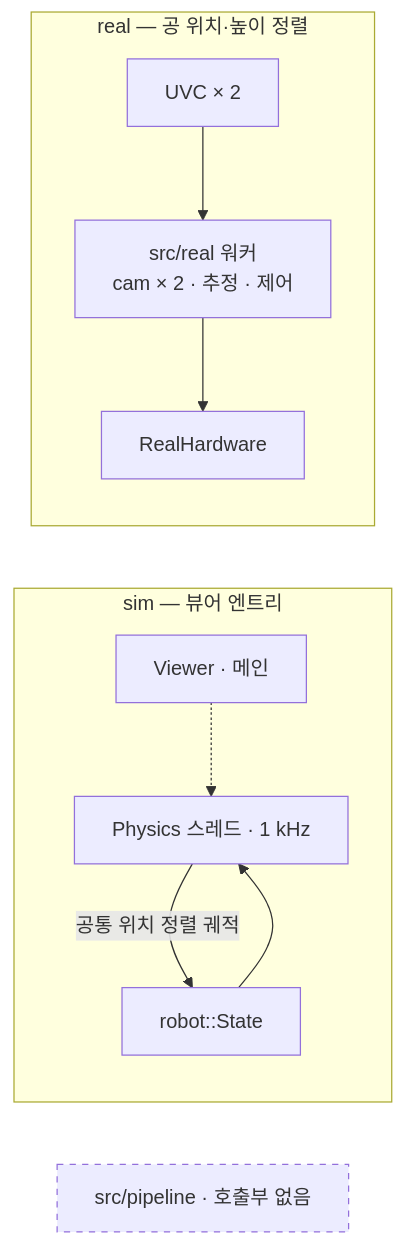
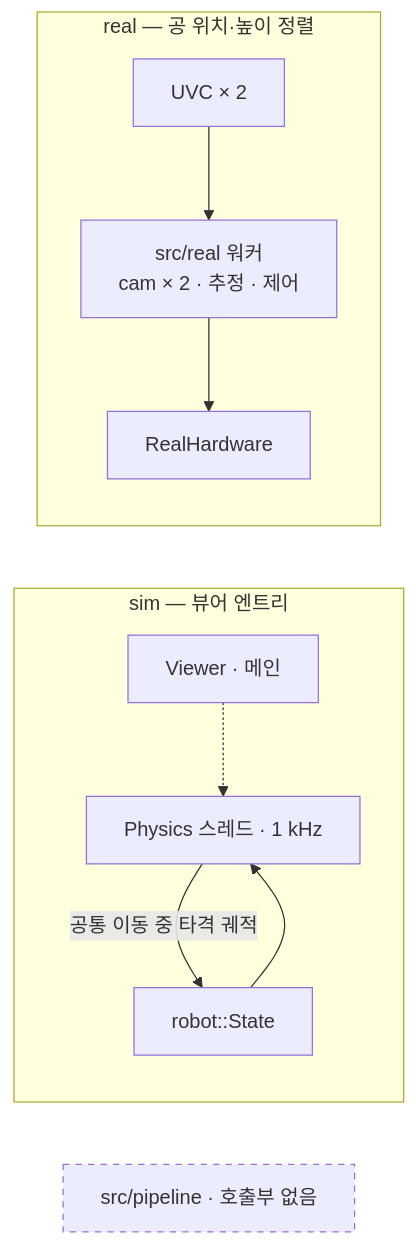
The third of 4 diagrams in README.md (luv-all/pingpong-bot), drawn with Mermaid before and after one commit. The commit also changed other lines of this file and 7 other files, not shown here.

````diff
--- a/README.md
+++ b/README.md
@@ -414,21 +414,21 @@
 ```mermaid
 flowchart LR
   subgraph simSide ["sim — 뷰어 엔트리"]
     viewer["Viewer · 메인"]
     physics["Physics 스레드 · 1 kHz"]
     simHw["robot::State"]
     viewer -.-> physics
-    physics -->|"공통 위치 정렬 궤적"| simHw
+    physics -->|"공통 이동 중 타격 궤적"| simHw
     simHw --> physics
   end
 
   subgraph realSide ["real — 공 위치·높이 정렬"]
     realCamera["UVC × 2"]
     realWorkers["src/real 워커<br/>cam × 2 · 추정 · 제어"]
     realHw["RealHardware"]
     realCamera --> realWorkers --> realHw
   end
 
   dead["src/pipeline · 호출부 없음"]
   style dead stroke-dasharray: 5 5
 ```
````
